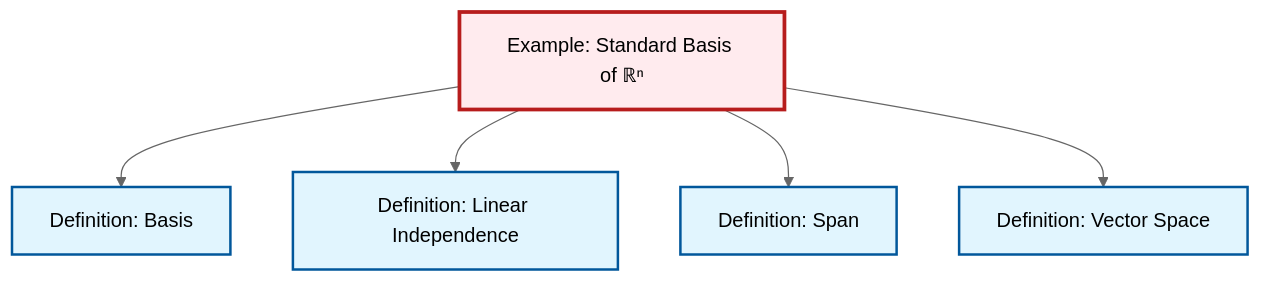
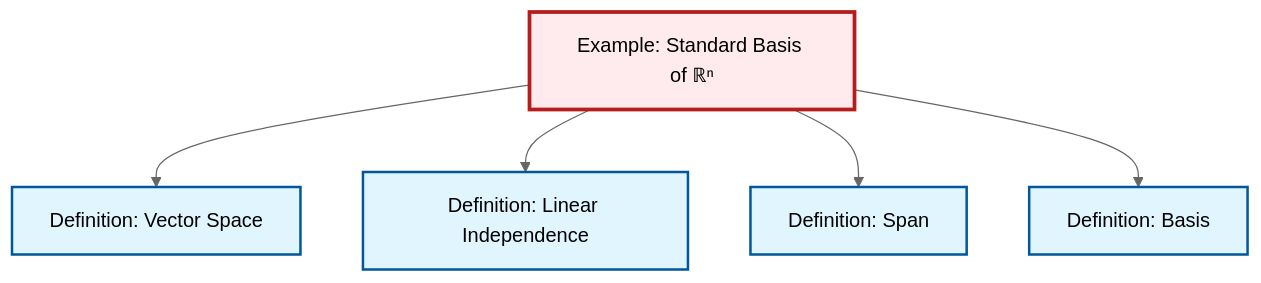
One commit to RK0429/ModernMath changed the diagram in content/en/algebra/ex-standard-basis-rn.qmd. Above: the diagram before and after it, drawn with Mermaid (neutral theme). The commit also changed other lines of this file and 474 other files, not shown here.

````diff
--- a/content/en/algebra/ex-standard-basis-rn.qmd
+++ b/content/en/algebra/ex-standard-basis-rn.qmd
@@ -62,23 +62,23 @@
 ```{mermaid}
 %%| fig-cap: "Local dependency graph"
 graph TD
     classDef definition fill:#e1f5fe,stroke:#01579b,stroke-width:2px
     classDef theorem fill:#f3e5f5,stroke:#4a148c,stroke-width:2px
     classDef axiom fill:#fff3e0,stroke:#e65100,stroke-width:2px
     classDef example fill:#e8f5e9,stroke:#1b5e20,stroke-width:2px
     classDef current fill:#ffebee,stroke:#b71c1c,stroke-width:3px
     def-linear-independence["Definition: Linear Independence"]:::definition
+    def-vector-space["Definition: Vector Space"]:::definition
     def-basis["Definition: Basis"]:::definition
     ex-standard-basis-rn["Example: Standard Basis of ℝⁿ"]:::example
     def-span["Definition: Span"]:::definition
-    def-vector-space["Definition: Vector Space"]:::definition
-    ex-standard-basis-rn --> def-basis
+    ex-standard-basis-rn --> def-vector-space
     ex-standard-basis-rn --> def-linear-independence
     ex-standard-basis-rn --> def-span
-    ex-standard-basis-rn --> def-vector-space
+    ex-standard-basis-rn --> def-basis
     class ex-standard-basis-rn current
     click def-linear-independence "def-linear-independence.html" "Go to Linear Independence definition"
+    click def-vector-space "def-vector-space.html" "Go to Vector Space definition"
     click def-basis "def-basis.html" "Go to Basis definition"
     click def-span "def-span.html" "Go to Span definition"
-    click def-vector-space "def-vector-space.html" "Go to Vector Space definition"
 ```
````
